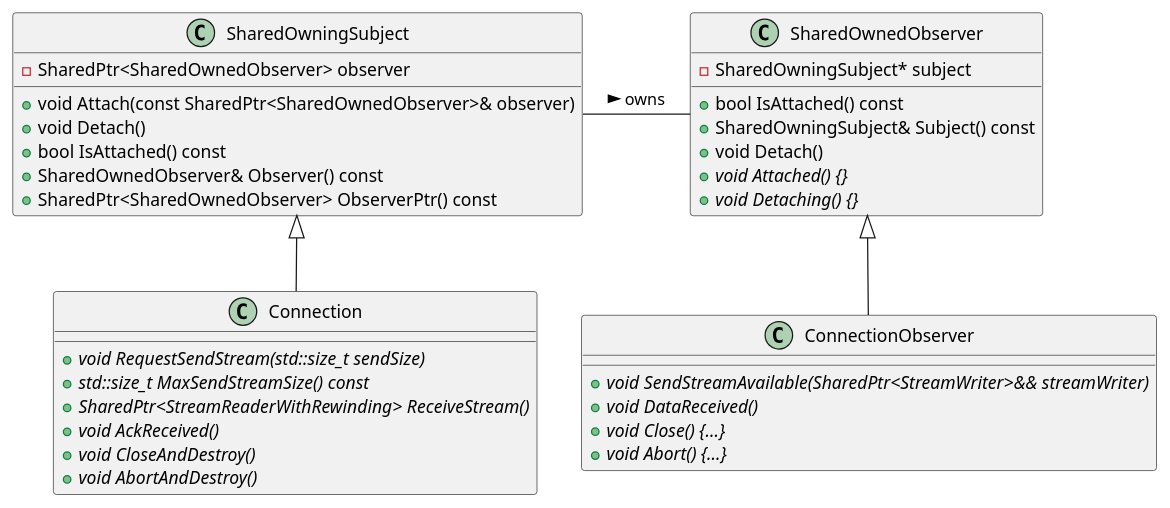
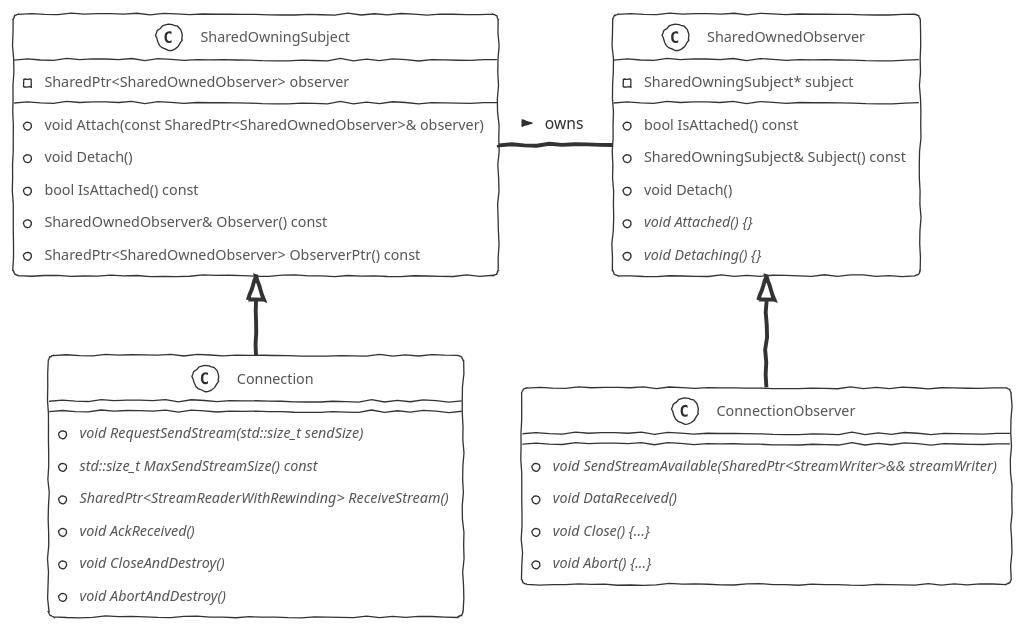
One commit to philips-software/amp-embedded-infra-lib changed the diagram in documents/modules/ROOT/pages/NetworkConnections.adoc. Above: the diagram before and after it, drawn with PlantUML.

Commit message:
Add a little "schwung" to the documentation.

```diff
--- a/documents/modules/ROOT/pages/NetworkConnections.adoc
+++ b/documents/modules/ROOT/pages/NetworkConnections.adoc
@@ -21,40 +21,44 @@
 [plantuml]
 ----
+@startuml
+    !theme sketchy-outline
+
     class SharedOwnedObserver {
         +bool IsAttached() const
         +SharedOwningSubject& Subject() const
         +void Detach()
         +{abstract}void Attached() {}
         +{abstract}void Detaching() {}
         -SharedOwningSubject* subject
     }
 
     class SharedOwningSubject {
         -SharedPtr<SharedOwnedObserver> observer
         +void Attach(const SharedPtr<SharedOwnedObserver>& observer)
         +void Detach()
         +bool IsAttached() const
         +SharedOwnedObserver& Observer() const
         +SharedPtr<SharedOwnedObserver> ObserverPtr() const
     }
 
     class ConnectionObserver{
         +{abstract}void SendStreamAvailable(SharedPtr<StreamWriter>&& streamWriter)
         +{abstract}void DataReceived()
         +{abstract}void Close() {...}
         +{abstract}void Abort() {...}
     }
 
     class Connection {
         +{abstract}void RequestSendStream(std::size_t sendSize)
         +{abstract}std::size_t MaxSendStreamSize() const
         +{abstract}SharedPtr<StreamReaderWithRewinding> ReceiveStream()
         +{abstract}void AckReceived()
         +{abstract}void CloseAndDestroy()
         +{abstract}void AbortAndDestroy()
     }
 
     SharedOwnedObserver <|-- ConnectionObserver 
     SharedOwningSubject <|-- Connection
     SharedOwnedObserver -left- SharedOwningSubject : < owns
+@enduml
 ----
```
